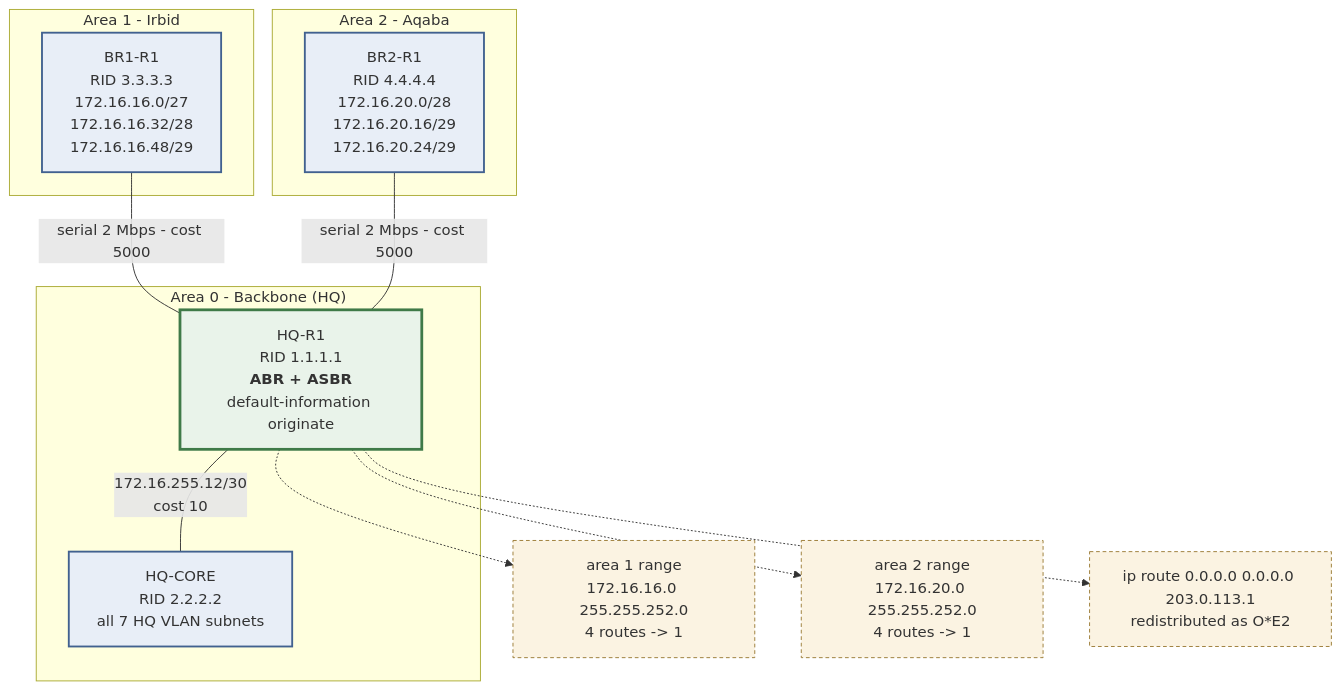
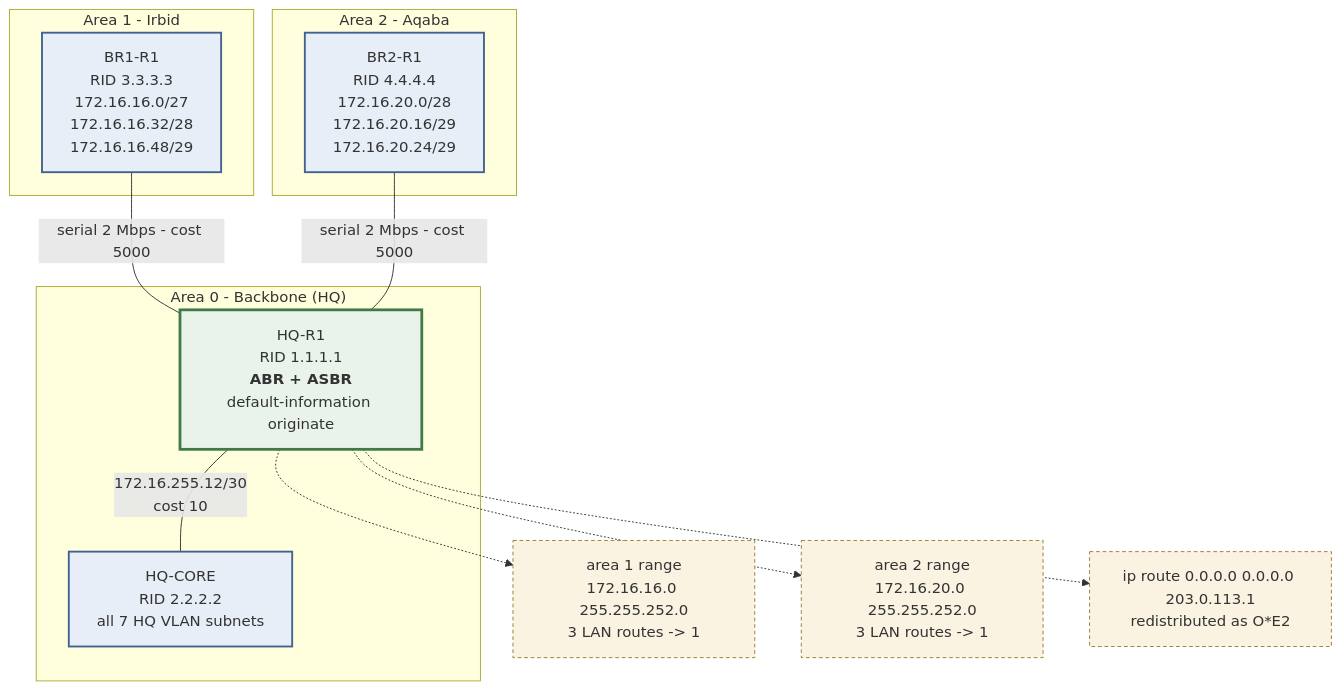
The diagram in diagrams/ospf-areas.mmd (saeedramadancv-sys/technova-network-design), drawn with Mermaid before and after one commit. The commit also changed 6 other files, not shown here.

```diff
--- a/diagrams/ospf-areas.mmd
+++ b/diagrams/ospf-areas.mmd
@@ -1,33 +1,33 @@
 %% OSPFv2 area design, router-IDs and summarisation at the ABR
 graph TB
     subgraph A1G["Area 1 - Irbid"]
         B1["BR1-R1<br/>RID 3.3.3.3<br/>172.16.16.0/27<br/>172.16.16.32/28<br/>172.16.16.48/29"]
     end
 
     subgraph A0G["Area 0 - Backbone (HQ)"]
         R1["HQ-R1<br/>RID 1.1.1.1<br/><b>ABR + ASBR</b><br/>default-information originate"]
         CORE["HQ-CORE<br/>RID 2.2.2.2<br/>all 7 HQ VLAN subnets"]
         R1 ---|"172.16.255.12/30<br/>cost 10"| CORE
     end
 
     subgraph A2G["Area 2 - Aqaba"]
         B2["BR2-R1<br/>RID 4.4.4.4<br/>172.16.20.0/28<br/>172.16.20.16/29<br/>172.16.20.24/29"]
     end
 
     B1 ---|"serial 2 Mbps - cost 5000"| R1
     B2 ---|"serial 2 Mbps - cost 5000"| R1
 
-    SUM1["area 1 range<br/>172.16.16.0 255.255.252.0<br/>4 routes -> 1"]
-    SUM2["area 2 range<br/>172.16.20.0 255.255.252.0<br/>4 routes -> 1"]
+    SUM1["area 1 range<br/>172.16.16.0 255.255.252.0<br/>3 LAN routes -> 1"]
+    SUM2["area 2 range<br/>172.16.20.0 255.255.252.0<br/>3 LAN routes -> 1"]
     EXT["ip route 0.0.0.0 0.0.0.0 203.0.113.1<br/>redistributed as O*E2"]
 
     R1 -.-> SUM1
     R1 -.-> SUM2
     R1 -.-> EXT
 
     classDef abr fill:#e9f3ea,stroke:#3f7a48,stroke-width:3px
     classDef rtr fill:#e8eef7,stroke:#41618f,stroke-width:2px
     classDef note fill:#fbf3e2,stroke:#9a7b34,stroke-dasharray:4 3
     class R1 abr
     class CORE,B1,B2 rtr
     class SUM1,SUM2,EXT note
```
